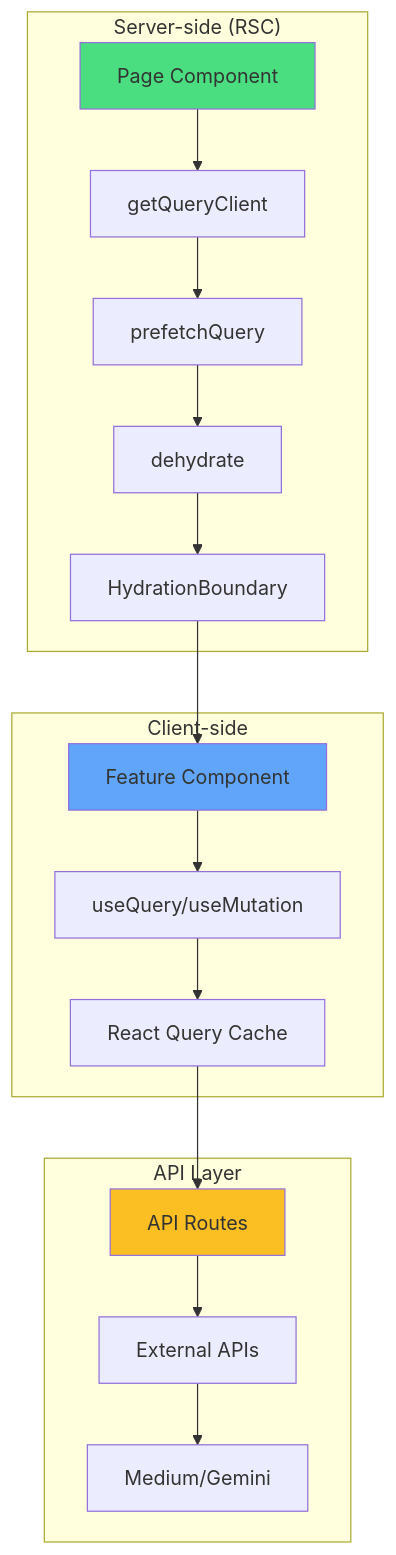
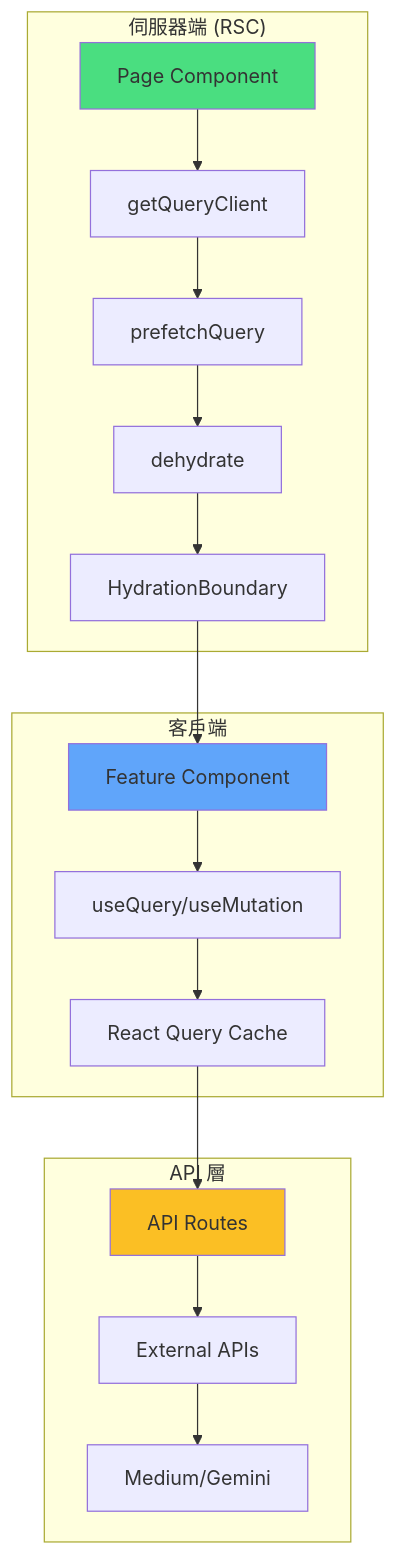
Before and after one commit to u88803494/my-website: the second of 11 diagrams in docs/reference/architecture.md, drawn with Mermaid. The commit also changed other lines of this file and 6 other files, not shown here.

````diff
--- a/docs/reference/architecture.md
+++ b/docs/reference/architecture.md
@@ -640,25 +639,25 @@
 ```mermaid
 graph TD
-    subgraph "Server-side (RSC)"
+    subgraph "伺服器端 (RSC)"
         A[Page Component] --> B[getQueryClient]
         B --> C[prefetchQuery]
         C --> D[dehydrate]
         D --> E[HydrationBoundary]
     end
 
-    subgraph "Client-side"
+    subgraph "客戶端"
         E --> F[Feature Component]
         F --> G[useQuery/useMutation]
         G --> H[React Query Cache]
     end
 
-    subgraph "API Layer"
+    subgraph "API 層"
         H --> I[API Routes]
         I --> J[External APIs]
         J --> K[Medium/Gemini]
     end
 
     style A fill:#4ade80
     style F fill:#60a5fa
     style I fill:#fbbf24
 ```
````
